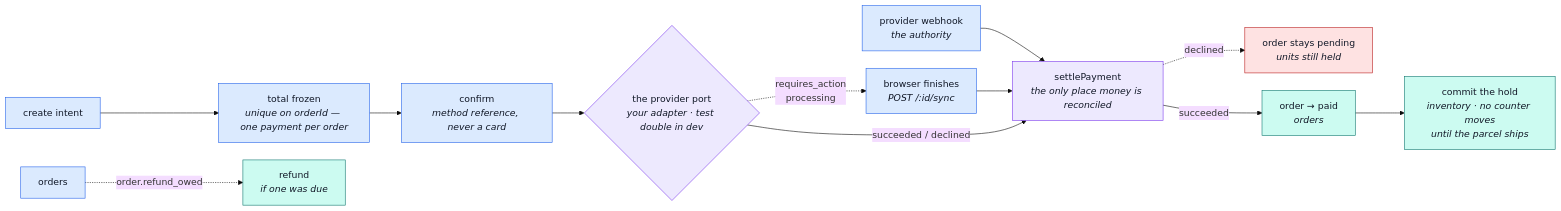
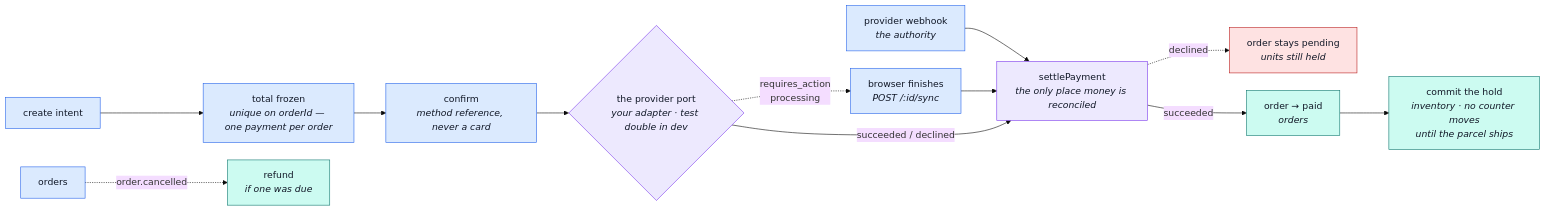
One commit to Guebbit/boilerplate-node-backend changed the tenth of 12 diagrams in docs/modules/payments.md. Above: the diagram before and after it, drawn with Mermaid (base theme). The commit also changed other lines of this file and 45 other files, not shown here.

````diff
--- a/docs/modules/payments.md
+++ b/docs/modules/payments.md
@@ -514,24 +520,24 @@
 ```mermaid
 %%{init: {'flowchart': {'nodeSpacing': 30, 'rankSpacing': 55}}}%%
 flowchart LR
     A["create intent"] --> B["total frozen<br/><i>unique on orderId — one payment per order</i>"]
     B --> C["confirm<br/><i>method reference, never a card</i>"]
     C --> D{"the provider port<br/><i>your adapter · test double in dev</i>"}
     D -.->|"requires_action<br/>processing"| S["browser finishes<br/><i>POST /:id/sync</i>"]
     W["provider webhook<br/><i>the authority</i>"] --> ST
     S --> ST["settlePayment<br/><i>the only place money is reconciled</i>"]
     D -->|"succeeded / declined"| ST
     ST -.->|declined| E["order stays pending<br/><i>units still held</i>"]
     ST -->|succeeded| F["order → paid<br/><i>orders</i>"]
     F --> G["commit the hold<br/><i>inventory · no counter moves<br/>until the parcel ships</i>"]
-    OC["orders"] -. "order.refund_owed" .-> R["refund<br/><i>if one was due</i>"]
+    OC["orders"] -. "order.cancelled" .-> R["refund<br/><i>if one was due</i>"]
 
     classDef step fill:#dbeafe,stroke:#2563eb,color:#111827;
     classDef port fill:#ede9fe,stroke:#7c3aed,color:#111827;
     classDef done fill:#ccfbf1,stroke:#0f766e,color:#111827;
     classDef bad fill:#fee2e2,stroke:#b91c1c,color:#111827;
     class A,B,C,OC,S,W step;
     class D,ST port;
     class F,G,R done;
     class E bad;
 ```
````
